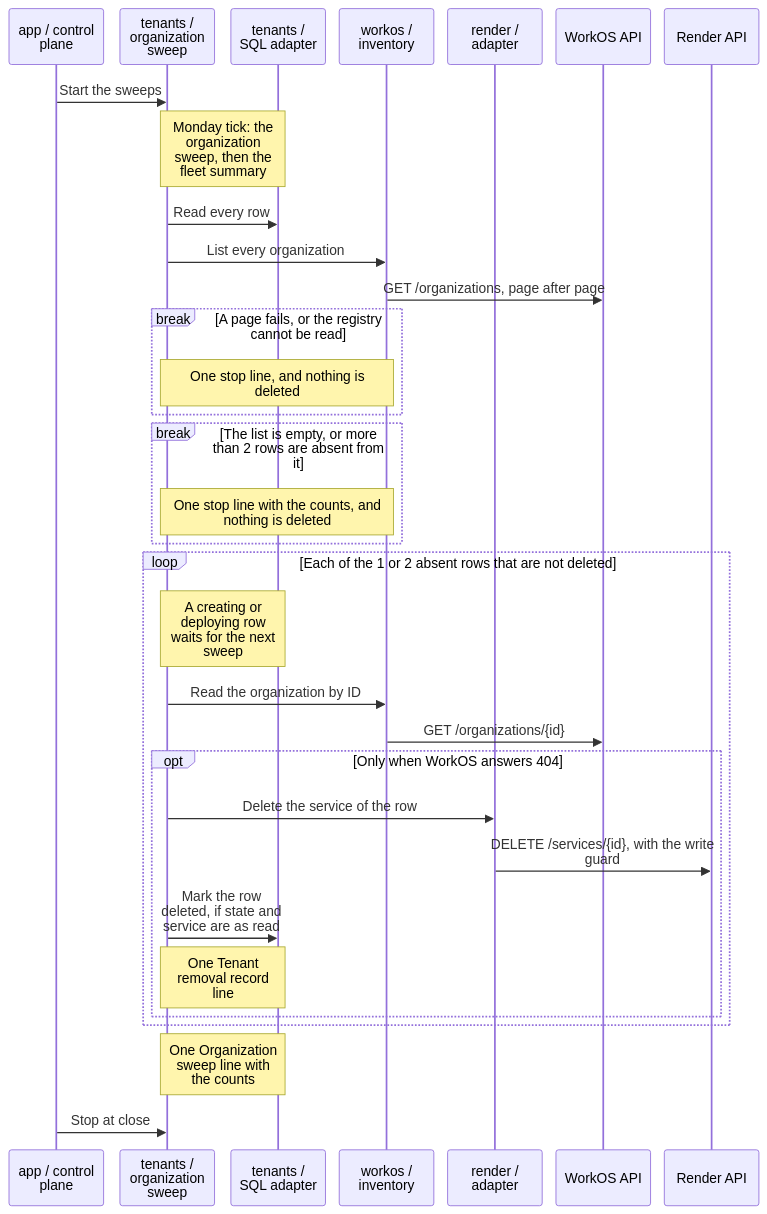
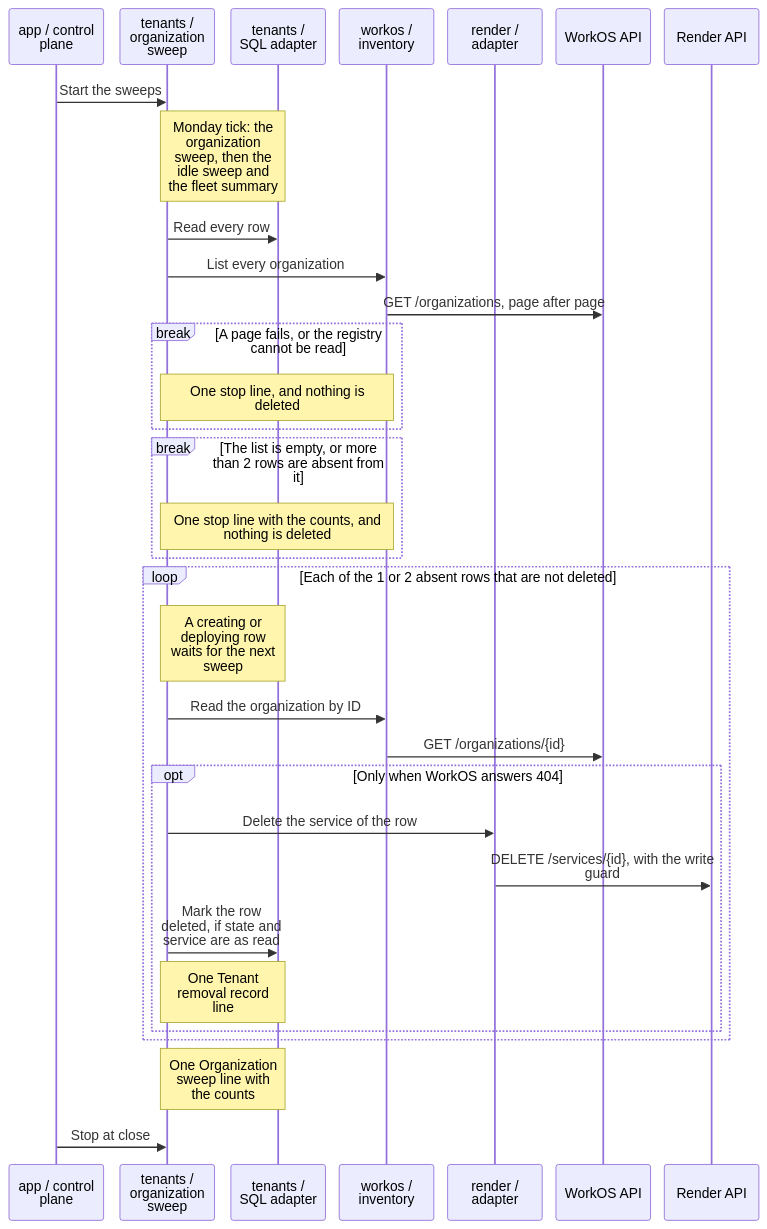
Before and after one commit to tomer-mayara/Thermus: diagram 20 of 24 in architecture/components.md, drawn with Mermaid. The commit also changed other lines of this file and 74 other files, not shown here.

````diff
--- a/architecture/components.md
+++ b/architecture/components.md
@@ -1705,35 +1726,35 @@
 ```mermaid
 %%{init: {"sequence": {"wrap": true, "actorMargin": 16, "width": 110}}}%%
 sequenceDiagram
   participant App as app / control plane
   participant Sweep as tenants / organization sweep
   participant Store as tenants / SQL adapter
   participant Inv as workos / inventory
   participant Render as render / adapter
   participant WorkOS as WorkOS API
   participant API as Render API
   App->>Sweep: Start the sweeps
-  Note over Sweep,Store: Monday tick: the organization sweep, then the fleet summary
+  Note over Sweep,Store: Monday tick: the organization sweep, then the idle sweep and the fleet summary
   Sweep->>Store: Read every row
   Sweep->>Inv: List every organization
   Inv->>WorkOS: GET /organizations, page after page
   break A page fails, or the registry cannot be read
     Note over Sweep,Inv: One stop line, and nothing is deleted
   end
   break The list is empty, or more than 2 rows are absent from it
     Note over Sweep,Inv: One stop line with the counts, and nothing is deleted
   end
   loop Each of the 1 or 2 absent rows that are not deleted
     Note over Sweep,Store: A creating or deploying row waits for the next sweep
     Sweep->>Inv: Read the organization by ID
     Inv->>WorkOS: GET /organizations/{id}
     opt Only when WorkOS answers 404
       Sweep->>Render: Delete the service of the row
       Render->>API: DELETE /services/{id}, with the write guard
       Sweep->>Store: Mark the row deleted, if state and service are as read
       Note over Sweep,Store: One Tenant removal record line
     end
   end
   Note over Sweep,Store: One Organization sweep line with the counts
   App->>Sweep: Stop at close
 ```
````
